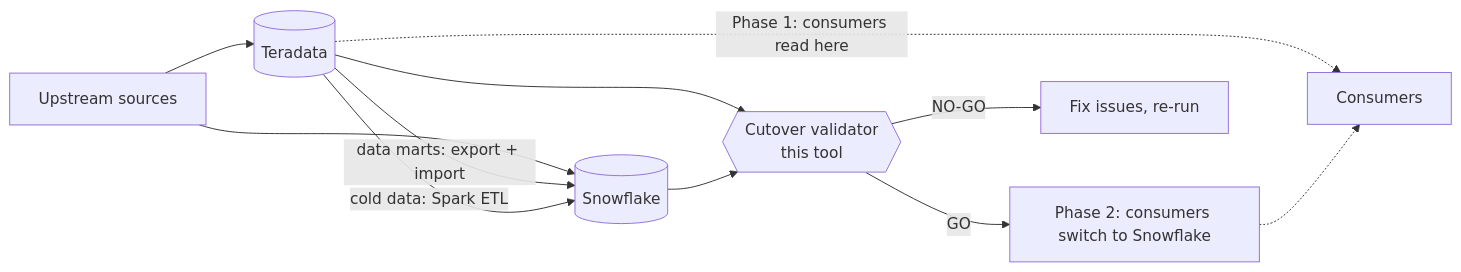
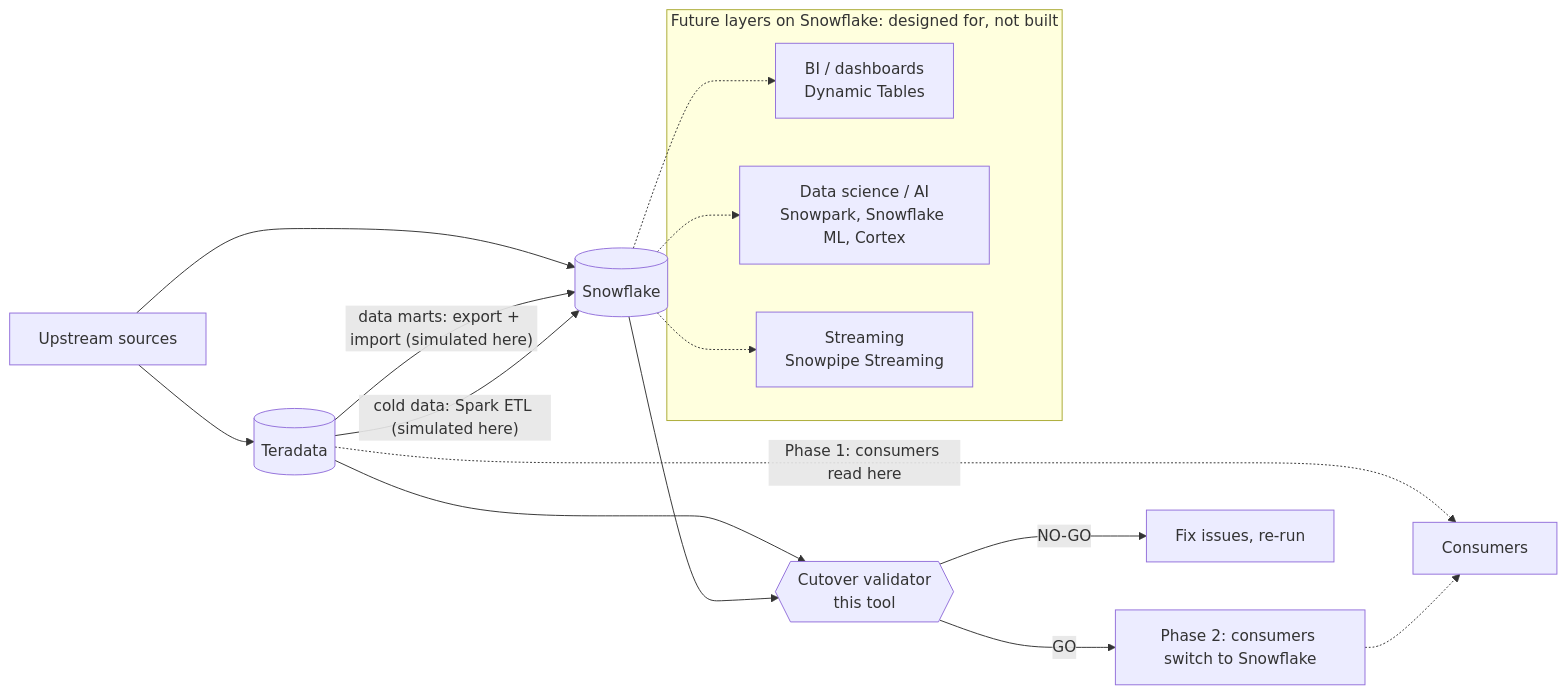
One commit to Ramkannan1981/td-snowflake-cutover-validator changed the diagram in evidence/design.md. Above: the diagram before and after it, drawn with Mermaid.

Commit message:
docs: show future data science, AI and streaming layers in design diagram

````diff
--- a/evidence/design.md
+++ b/evidence/design.md
@@ -23,14 +23,23 @@
 ```mermaid
 flowchart LR
     SRC[Upstream sources] --> TD[(Teradata)]
     SRC --> SF[(Snowflake)]
-    TD -- "data marts: export + import" --> SF
-    TD -- "cold data: Spark ETL" --> SF
+    TD -- "data marts: export + import (simulated here)" --> SF
+    TD -- "cold data: Spark ETL (simulated here)" --> SF
     TD -. "Phase 1: consumers read here" .-> CON[Consumers]
 
     TD --> V{{Cutover validator<br/>this tool}}
     SF --> V
     V -- GO --> P2["Phase 2: consumers switch to Snowflake"]
     V -- NO-GO --> FIX["Fix issues, re-run"]
     P2 -.-> CON
+
+    subgraph FUT["Future layers on Snowflake: designed for, not built"]
+        BI["BI / dashboards<br/>Dynamic Tables"]
+        DS["Data science / AI<br/>Snowpark, Snowflake ML, Cortex"]
+        ST["Streaming<br/>Snowpipe Streaming"]
+    end
+    SF -.-> BI
+    SF -.-> DS
+    SF -.-> ST
 ```
````
